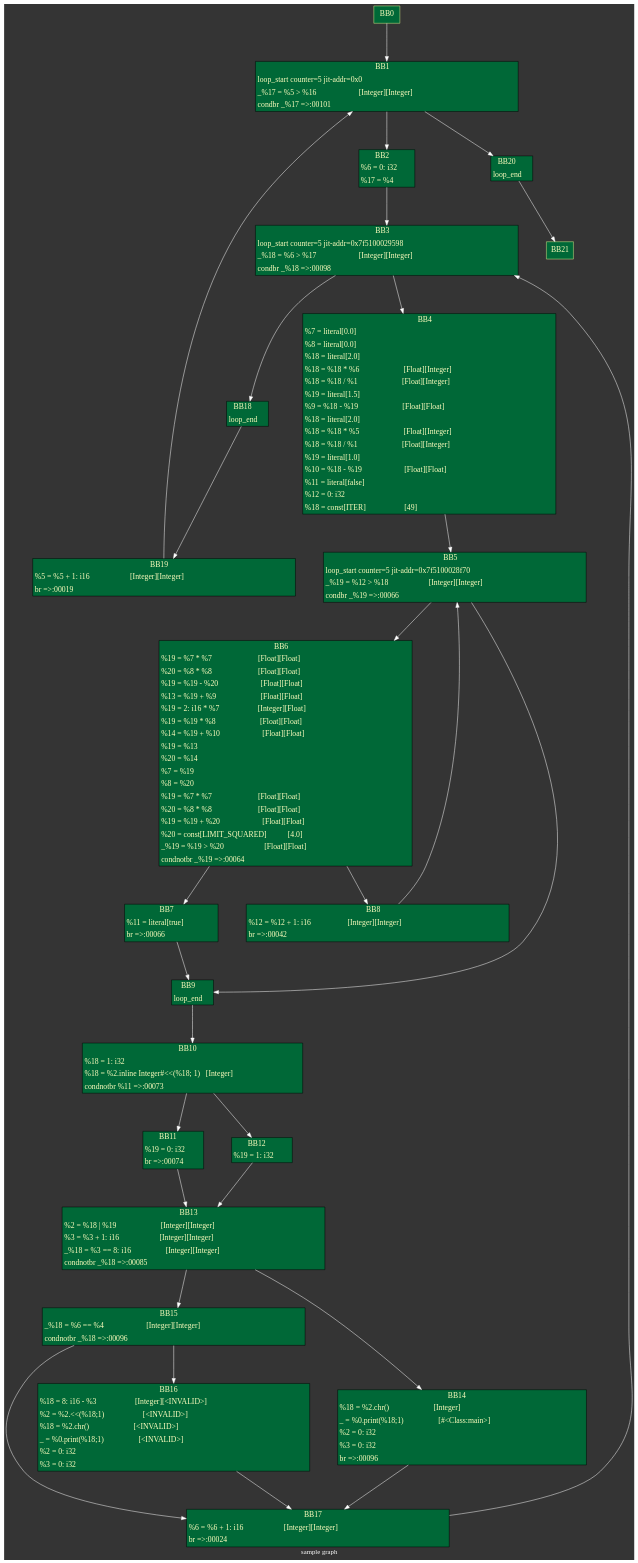
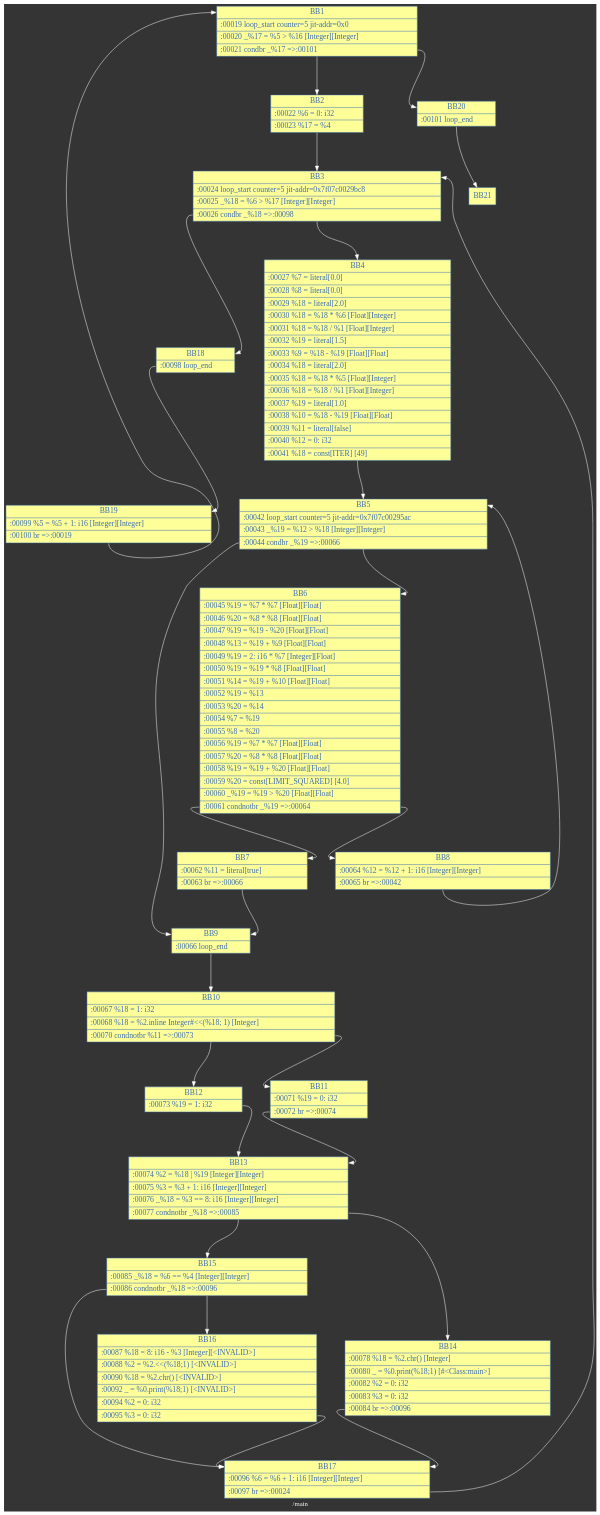
The diagram in dump.dot (sisshiki1969/monoruby), drawn with Graphviz before and after one commit. The commit also changed 4 other files, not shown here.

Commit message:
Emit CFG for Graphviz.

```diff
--- a/dump.dot
+++ b/dump.dot
@@ -1,7 +1,7 @@
 digraph graph_name {
   graph [
     charset = "UTF-8";
-    label = "sample graph",
+    label = "/main",
     bgcolor = "#343434",
     fontcolor = white,
     rankdir = TB,
@@ -12,14 +12,14 @@
   ];
 
   node [
-    colorscheme = "rdylgn11"
+    colorscheme = "accent8"
     shape = box,
     style = "solid,filled",
     fontsize = 16,
-    fontcolor = 6,
+    fontcolor = 5,
     fontname = "Consolas",
-    color = 7,
-    fillcolor = 11,
+    color = 5,
+    fillcolor = 4,
   ];
 
   edge [
@@ -33,298 +33,110 @@
     labelangle = 70
   ];
   BB1 [
-    shape=plain
-    label=<<table border="0" cellspacing="0" cellpadding="4">
-      <tr> <td> BB1 </td> </tr>
-
-          <tr> <td align="left">loop_start counter=5 jit-addr=0x0</td> </tr>
-    
-          <tr> <td align="left">_%17 = %5 &gt; %16                      [Integer][Integer]</td> </tr>
-    
-          <tr> <td align="left">condbr _%17 =&gt;:00101</td> </tr>
-    
-	</table>>
+    shape=record
+    label="{<in>BB1|:00019 loop_start counter=5 jit-addr=0x0\l|:00020 _%17 = %5 &gt; %16                      [Integer][Integer]\l|<out>:00021 condbr _%17 =&gt;:00101\l}"
   ];
-    BB2 [
-    shape=plain
-    label=<<table border="0" cellspacing="0" cellpadding="4">
-      <tr> <td> BB2 </td> </tr>
-
-          <tr> <td align="left">%6 = 0: i32</td> </tr>
-    
-          <tr> <td align="left">%17 = %4</td> </tr>
-    
-	</table>>
+  BB2 [
+    shape=record
+    label="{<in>BB2|:00022 %6 = 0: i32\l|<out>:00023 %17 = %4\l}"
   ];
-    BB3 [
-    shape=plain
-    label=<<table border="0" cellspacing="0" cellpadding="4">
-      <tr> <td> BB3 </td> </tr>
-
-          <tr> <td align="left">loop_start counter=5 jit-addr=0x7f5100029598</td> </tr>
-    
-          <tr> <td align="left">_%18 = %6 &gt; %17                      [Integer][Integer]</td> </tr>
-    
-          <tr> <td align="left">condbr _%18 =&gt;:00098</td> </tr>
-    
-	</table>>
+  BB3 [
+    shape=record
+    label="{<in>BB3|:00024 loop_start counter=5 jit-addr=0x7f07c0029bc8\l|:00025 _%18 = %6 &gt; %17                      [Integer][Integer]\l|<out>:00026 condbr _%18 =&gt;:00098\l}"
   ];
-    BB4 [
-    shape=plain
-    label=<<table border="0" cellspacing="0" cellpadding="4">
-      <tr> <td> BB4 </td> </tr>
-
-          <tr> <td align="left">%7 = literal[0.0]</td> </tr>
-    
-          <tr> <td align="left">%8 = literal[0.0]</td> </tr>
-    
-          <tr> <td align="left">%18 = literal[2.0]</td> </tr>
-    
-          <tr> <td align="left">%18 = %18 * %6                       [Float][Integer]</td> </tr>
-    
-          <tr> <td align="left">%18 = %18 / %1                       [Float][Integer]</td> </tr>
-    
-          <tr> <td align="left">%19 = literal[1.5]</td> </tr>
-    
-          <tr> <td align="left">%9 = %18 - %19                       [Float][Float]</td> </tr>
-    
-          <tr> <td align="left">%18 = literal[2.0]</td> </tr>
-    
-          <tr> <td align="left">%18 = %18 * %5                       [Float][Integer]</td> </tr>
-    
-          <tr> <td align="left">%18 = %18 / %1                       [Float][Integer]</td> </tr>
-    
-          <tr> <td align="left">%19 = literal[1.0]</td> </tr>
-    
-          <tr> <td align="left">%10 = %18 - %19                      [Float][Float]</td> </tr>
-    
-          <tr> <td align="left">%11 = literal[false]</td> </tr>
-    
-          <tr> <td align="left">%12 = 0: i32</td> </tr>
-    
-          <tr> <td align="left">%18 = const[ITER]                    [49]</td> </tr>
-    
-	</table>>
+  BB4 [
+    shape=record
+    label="{<in>BB4|:00027 %7 = literal[0.0]\l|:00028 %8 = literal[0.0]\l|:00029 %18 = literal[2.0]\l|:00030 %18 = %18 * %6                       [Float][Integer]\l|:00031 %18 = %18 / %1                       [Float][Integer]\l|:00032 %19 = literal[1.5]\l|:00033 %9 = %18 - %19                       [Float][Float]\l|:00034 %18 = literal[2.0]\l|:00035 %18 = %18 * %5                       [Float][Integer]\l|:00036 %18 = %18 / %1                       [Float][Integer]\l|:00037 %19 = literal[1.0]\l|:00038 %10 = %18 - %19                      [Float][Float]\l|:00039 %11 = literal[false]\l|:00040 %12 = 0: i32\l|<out>:00041 %18 = const[ITER]                    [49]\l}"
   ];
-    BB5 [
-    shape=plain
-    label=<<table border="0" cellspacing="0" cellpadding="4">
-      <tr> <td> BB5 </td> </tr>
-
-          <tr> <td align="left">loop_start counter=5 jit-addr=0x7f5100028f70</td> </tr>
-    
-          <tr> <td align="left">_%19 = %12 &gt; %18                     [Integer][Integer]</td> </tr>
-    
-          <tr> <td align="left">condbr _%19 =&gt;:00066</td> </tr>
-    
-	</table>>
+  BB5 [
+    shape=record
+    label="{<in>BB5|:00042 loop_start counter=5 jit-addr=0x7f07c00295ac\l|:00043 _%19 = %12 &gt; %18                     [Integer][Integer]\l|<out>:00044 condbr _%19 =&gt;:00066\l}"
   ];
-    BB6 [
-    shape=plain
-    label=<<table border="0" cellspacing="0" cellpadding="4">
-      <tr> <td> BB6 </td> </tr>
-
-          <tr> <td align="left">%19 = %7 * %7                        [Float][Float]</td> </tr>
-    
-          <tr> <td align="left">%20 = %8 * %8                        [Float][Float]</td> </tr>
-    
-          <tr> <td align="left">%19 = %19 - %20                      [Float][Float]</td> </tr>
-    
-          <tr> <td align="left">%13 = %19 + %9                       [Float][Float]</td> </tr>
-    
-          <tr> <td align="left">%19 = 2: i16 * %7                    [Integer][Float]</td> </tr>
-    
-          <tr> <td align="left">%19 = %19 * %8                       [Float][Float]</td> </tr>
-    
-          <tr> <td align="left">%14 = %19 + %10                      [Float][Float]</td> </tr>
-    
-          <tr> <td align="left">%19 = %13</td> </tr>
-    
-          <tr> <td align="left">%20 = %14</td> </tr>
-    
-          <tr> <td align="left">%7 = %19</td> </tr>
-    
-          <tr> <td align="left">%8 = %20</td> </tr>
-    
-          <tr> <td align="left">%19 = %7 * %7                        [Float][Float]</td> </tr>
-    
-          <tr> <td align="left">%20 = %8 * %8                        [Float][Float]</td> </tr>
-    
-          <tr> <td align="left">%19 = %19 + %20                      [Float][Float]</td> </tr>
-    
-          <tr> <td align="left">%20 = const[LIMIT_SQUARED]           [4.0]</td> </tr>
-    
-          <tr> <td align="left">_%19 = %19 &gt; %20                     [Float][Float]</td> </tr>
-    
-          <tr> <td align="left">condnotbr _%19 =&gt;:00064</td> </tr>
-    
-	</table>>
+  BB6 [
+    shape=record
+    label="{<in>BB6|:00045 %19 = %7 * %7                        [Float][Float]\l|:00046 %20 = %8 * %8                        [Float][Float]\l|:00047 %19 = %19 - %20                      [Float][Float]\l|:00048 %13 = %19 + %9                       [Float][Float]\l|:00049 %19 = 2: i16 * %7                    [Integer][Float]\l|:00050 %19 = %19 * %8                       [Float][Float]\l|:00051 %14 = %19 + %10                      [Float][Float]\l|:00052 %19 = %13\l|:00053 %20 = %14\l|:00054 %7 = %19\l|:00055 %8 = %20\l|:00056 %19 = %7 * %7                        [Float][Float]\l|:00057 %20 = %8 * %8                        [Float][Float]\l|:00058 %19 = %19 + %20                      [Float][Float]\l|:00059 %20 = const[LIMIT_SQUARED]           [4.0]\l|:00060 _%19 = %19 &gt; %20                     [Float][Float]\l|<out>:00061 condnotbr _%19 =&gt;:00064\l}"
   ];
-    BB7 [
-    shape=plain
-    label=<<table border="0" cellspacing="0" cellpadding="4">
-      <tr> <td> BB7 </td> </tr>
-
-          <tr> <td align="left">%11 = literal[true]</td> </tr>
-    
-          <tr> <td align="left">br =&gt;:00066</td> </tr>
-    
-	</table>>
+  BB7 [
+    shape=record
+    label="{<in>BB7|:00062 %11 = literal[true]\l|<out>:00063 br =&gt;:00066\l}"
   ];
-    BB8 [
-    shape=plain
-    label=<<table border="0" cellspacing="0" cellpadding="4">
-      <tr> <td> BB8 </td> </tr>
-
-          <tr> <td align="left">%12 = %12 + 1: i16                   [Integer][Integer]</td> </tr>
-    
-          <tr> <td align="left">br =&gt;:00042</td> </tr>
-    
-	</table>>
+  BB8 [
+    shape=record
+    label="{<in>BB8|:00064 %12 = %12 + 1: i16                   [Integer][Integer]\l|<out>:00065 br =&gt;:00042\l}"
   ];
-    BB9 [
-    shape=plain
-    label=<<table border="0" cellspacing="0" cellpadding="4">
-      <tr> <td> BB9 </td> </tr>
-
-          <tr> <td align="left">loop_end</td> </tr>
-    
-	</table>>
+  BB9 [
+    shape=record
+    label="{<in>BB9|<out>:00066 loop_end\l}"
   ];
-    BB10 [
-    shape=plain
-    label=<<table border="0" cellspacing="0" cellpadding="4">
-      <tr> <td> BB10 </td> </tr>
-
-          <tr> <td align="left">%18 = 1: i32</td> </tr>
-    
-          <tr> <td align="left">%18 = %2.inline Integer#&lt;&lt;(%18; 1)   [Integer]</td> </tr>
-    
-          <tr> <td align="left">condnotbr %11 =&gt;:00073</td> </tr>
-    
-	</table>>
+  BB10 [
+    shape=record
+    label="{<in>BB10|:00067 %18 = 1: i32\l|:00068 %18 = %2.inline Integer#&lt;&lt;(%18; 1)   [Integer]\l|<out>:00070 condnotbr %11 =&gt;:00073\l}"
   ];
-    BB11 [
-    shape=plain
-    label=<<table border="0" cellspacing="0" cellpadding="4">
-      <tr> <td> BB11 </td> </tr>
-
-          <tr> <td align="left">%19 = 0: i32</td> </tr>
-    
-          <tr> <td align="left">br =&gt;:00074</td> </tr>
-    
-	</table>>
+  BB11 [
+    shape=record
+    label="{<in>BB11|:00071 %19 = 0: i32\l|<out>:00072 br =&gt;:00074\l}"
   ];
-    BB12 [
-    shape=plain
-    label=<<table border="0" cellspacing="0" cellpadding="4">
-      <tr> <td> BB12 </td> </tr>
-
-          <tr> <td align="left">%19 = 1: i32</td> </tr>
-    
-	</table>>
+  BB12 [
+    shape=record
+    label="{<in>BB12|<out>:00073 %19 = 1: i32\l}"
   ];
-    BB13 [
-    shape=plain
-    label=<<table border="0" cellspacing="0" cellpadding="4">
-      <tr> <td> BB13 </td> </tr>
-
-          <tr> <td align="left">%2 = %18 | %19                       [Integer][Integer]</td> </tr>
-    
-          <tr> <td align="left">%3 = %3 + 1: i16                     [Integer][Integer]</td> </tr>
-    
-          <tr> <td align="left">_%18 = %3 == 8: i16                  [Integer][Integer]</td> </tr>
-    
-          <tr> <td align="left">condnotbr _%18 =&gt;:00085</td> </tr>
-    
-	</table>>
+  BB13 [
+    shape=record
+    label="{<in>BB13|:00074 %2 = %18 \| %19                       [Integer][Integer]\l|:00075 %3 = %3 + 1: i16                     [Integer][Integer]\l|:00076 _%18 = %3 == 8: i16                  [Integer][Integer]\l|<out>:00077 condnotbr _%18 =&gt;:00085\l}"
   ];
-    BB14 [
-    shape=plain
-    label=<<table border="0" cellspacing="0" cellpadding="4">
-      <tr> <td> BB14 </td> </tr>
-
-          <tr> <td align="left">%18 = %2.chr()                       [Integer]</td> </tr>
-    
-          <tr> <td align="left">_ = %0.print(%18;1)                  [#&lt;Class:main&gt;]</td> </tr>
-    
-          <tr> <td align="left">%2 = 0: i32</td> </tr>
-    
-          <tr> <td align="left">%3 = 0: i32</td> </tr>
-    
-          <tr> <td align="left">br =&gt;:00096</td> </tr>
-    
-	</table>>
+  BB14 [
+    shape=record
+    label="{<in>BB14|:00078 %18 = %2.chr()                       [Integer]\l|:00080 _ = %0.print(%18;1)                  [#&lt;Class:main&gt;]\l|:00082 %2 = 0: i32\l|:00083 %3 = 0: i32\l|<out>:00084 br =&gt;:00096\l}"
   ];
-    BB15 [
-    shape=plain
-    label=<<table border="0" cellspacing="0" cellpadding="4">
-      <tr> <td> BB15 </td> </tr>
-
-          <tr> <td align="left">_%18 = %6 == %4                      [Integer][Integer]</td> </tr>
-    
-          <tr> <td align="left">condnotbr _%18 =&gt;:00096</td> </tr>
-    
-	</table>>
+  BB15 [
+    shape=record
+    label="{<in>BB15|:00085 _%18 = %6 == %4                      [Integer][Integer]\l|<out>:00086 condnotbr _%18 =&gt;:00096\l}"
   ];
-    BB16 [
-    shape=plain
-    label=<<table border="0" cellspacing="0" cellpadding="4">
-      <tr> <td> BB16 </td> </tr>
-
-          <tr> <td align="left">%18 = 8: i16 - %3                    [Integer][&lt;INVALID&gt;]</td> </tr>
-    
-          <tr> <td align="left">%2 = %2.&lt;&lt;(%18;1)                    [&lt;INVALID&gt;]</td> </tr>
-    
-          <tr> <td align="left">%18 = %2.chr()                       [&lt;INVALID&gt;]</td> </tr>
-    
-          <tr> <td align="left">_ = %0.print(%18;1)                  [&lt;INVALID&gt;]</td> </tr>
-    
-          <tr> <td align="left">%2 = 0: i32</td> </tr>
-    
-          <tr> <td align="left">%3 = 0: i32</td> </tr>
-    
-	</table>>
+  BB16 [
+    shape=record
+    label="{<in>BB16|:00087 %18 = 8: i16 - %3                    [Integer][&lt;INVALID&gt;]\l|:00088 %2 = %2.&lt;&lt;(%18;1)                    [&lt;INVALID&gt;]\l|:00090 %18 = %2.chr()                       [&lt;INVALID&gt;]\l|:00092 _ = %0.print(%18;1)                  [&lt;INVALID&gt;]\l|:00094 %2 = 0: i32\l|<out>:00095 %3 = 0: i32\l}"
   ];
-    BB17 [
-    shape=plain
-    label=<<table border="0" cellspacing="0" cellpadding="4">
-      <tr> <td> BB17 </td> </tr>
-
-          <tr> <td align="left">%6 = %6 + 1: i16                     [Integer][Integer]</td> </tr>
-    
-          <tr> <td align="left">br =&gt;:00024</td> </tr>
-    
-	</table>>
+  BB17 [
+    shape=record
+    label="{<in>BB17|:00096 %6 = %6 + 1: i16                     [Integer][Integer]\l|<out>:00097 br =&gt;:00024\l}"
   ];
-    BB18 [
-    shape=plain
-    label=<<table border="0" cellspacing="0" cellpadding="4">
-      <tr> <td> BB18 </td> </tr>
-
-          <tr> <td align="left">loop_end</td> </tr>
-    
-	</table>>
+  BB18 [
+    shape=record
+    label="{<in>BB18|<out>:00098 loop_end\l}"
   ];
-    BB19 [
-    shape=plain
-    label=<<table border="0" cellspacing="0" cellpadding="4">
-      <tr> <td> BB19 </td> </tr>
-
-          <tr> <td align="left">%5 = %5 + 1: i16                     [Integer][Integer]</td> </tr>
-    
-          <tr> <td align="left">br =&gt;:00019</td> </tr>
-    
-	</table>>
+  BB19 [
+    shape=record
+    label="{<in>BB19|:00099 %5 = %5 + 1: i16                     [Integer][Integer]\l|<out>:00100 br =&gt;:00019\l}"
   ];
-    BB20 [
-    shape=plain
-    label=<<table border="0" cellspacing="0" cellpadding="4">
-      <tr> <td> BB20 </td> </tr>
-
-          <tr> <td align="left">loop_end</td> </tr>
-    
-	</table>>
+  BB20 [
+    shape=record
+    label="{<in>BB20|<out>:00101 loop_end\l}"
   ];
-  BB0 -> BB1 BB1 -> BB2 BB1 -> BB20 BB2 -> BB3 BB3 -> BB4 BB3 -> BB18 BB4 -> BB5 BB5 -> BB6 BB5 -> BB9 BB6 -> BB7 BB6 -> BB8 BB7 -> BB9 BB8 -> BB5 BB9 -> BB10 BB10 -> BB11 BB10 -> BB12 BB11 -> BB13 BB12 -> BB13 BB13 -> BB14 BB13 -> BB15 BB14 -> BB17 BB15 -> BB16 BB15 -> BB17 BB16 -> BB17 BB17 -> BB3 BB18 -> BB19 BB19 -> BB1 BB20 -> BB21 
+  BB1:out -> BB2:in;
+  BB1:out -> BB20:in;
+  BB2:out -> BB3:in;
+  BB3:out -> BB4:in;
+  BB3:out -> BB18:in;
+  BB4:out -> BB5:in;
+  BB5:out -> BB6:in;
+  BB5:out -> BB9:in;
+  BB6:out -> BB7:in;
+  BB6:out -> BB8:in;
+  BB7:out -> BB9:in;
+  BB8:out -> BB5:in;
+  BB9:out -> BB10:in;
+  BB10:out -> BB11:in;
+  BB10:out -> BB12:in;
+  BB11:out -> BB13:in;
+  BB12:out -> BB13:in;
+  BB13:out -> BB14:in;
+  BB13:out -> BB15:in;
+  BB14:out -> BB17:in;
+  BB15:out -> BB16:in;
+  BB15:out -> BB17:in;
+  BB16:out -> BB17:in;
+  BB17:out -> BB3:in;
+  BB18:out -> BB19:in;
+  BB19:out -> BB1:in;
+  BB20:out -> BB21:in;
 }
```
